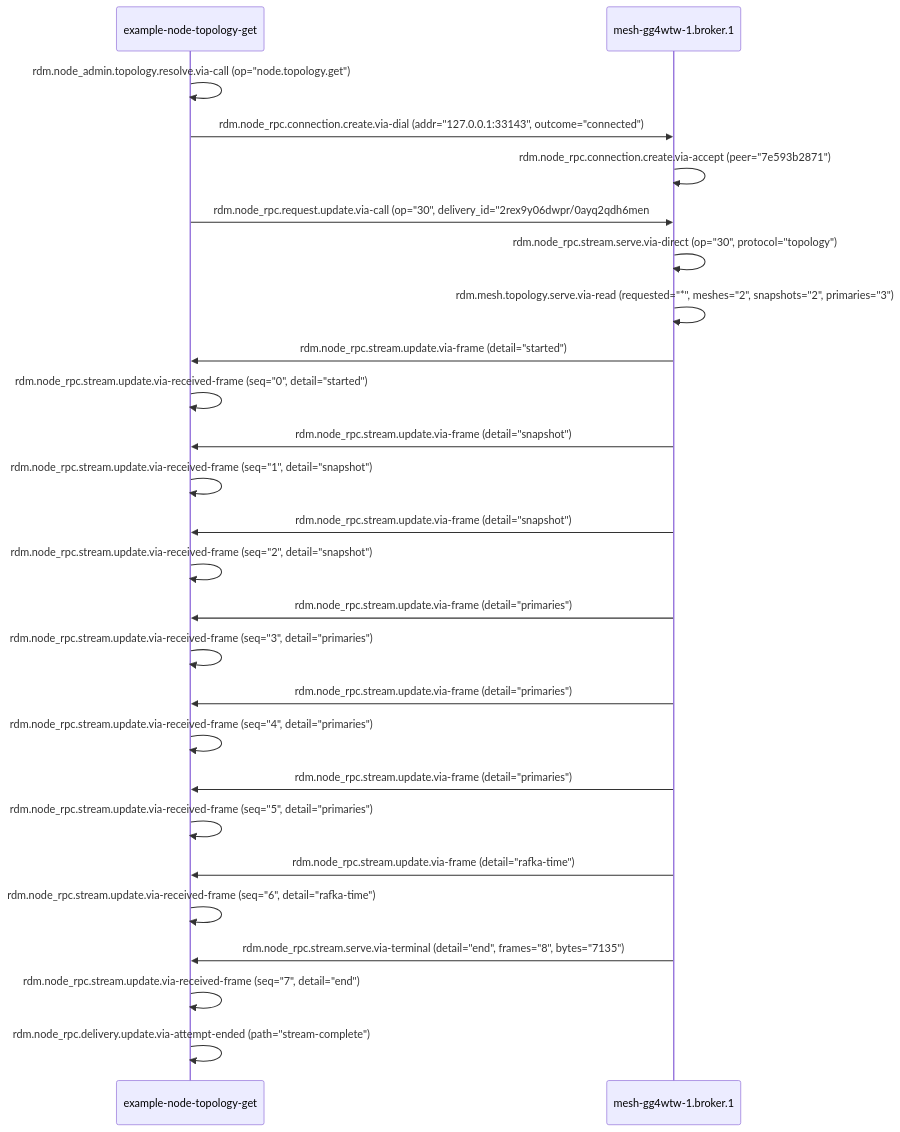
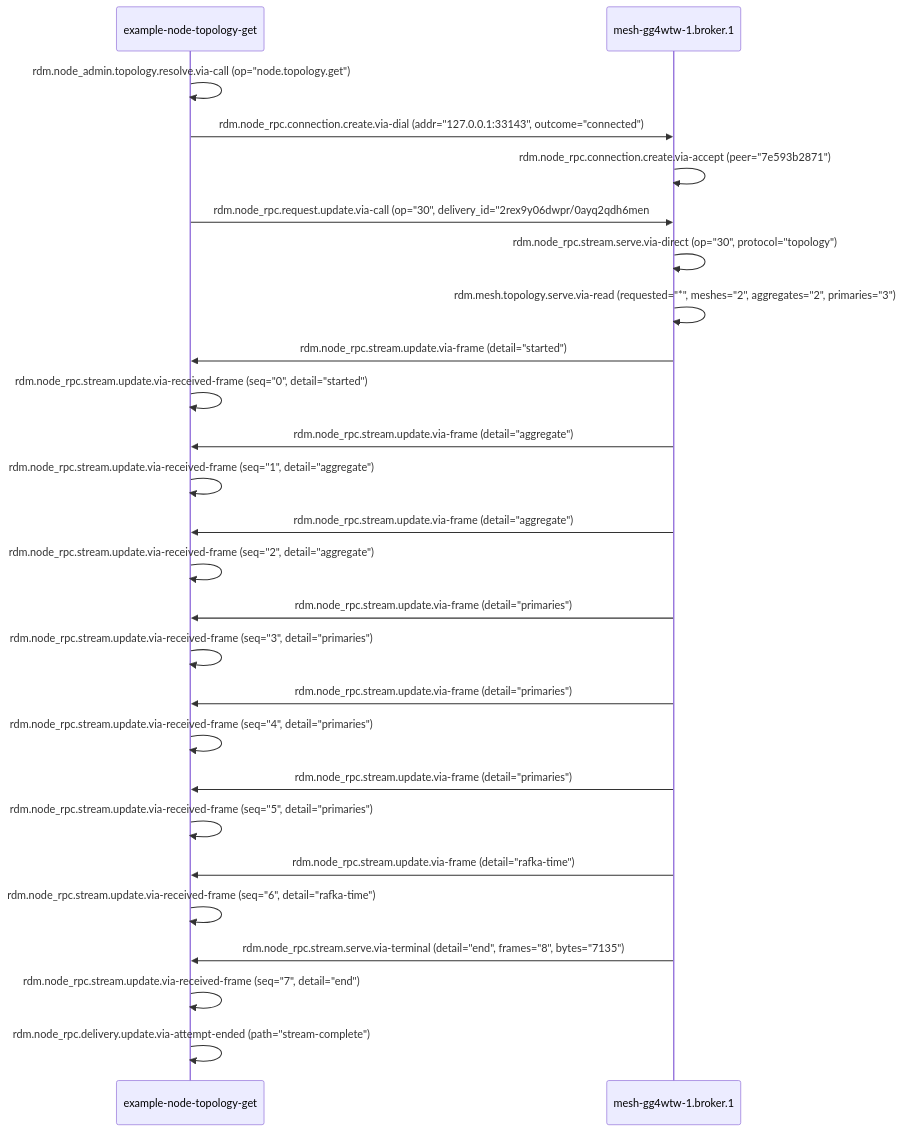
One commit to drlukeangel/rust-distributed-mesh changed the third of 3 diagrams in docs/eng/tour.md. Above: the diagram before and after it, drawn with Mermaid. The commit also changed other lines of this file and 72 other files, not shown here.

First line of the commit message:
refactor(#340): a mesh's topology as a whole is the aggregate, never the snapshot (Q408 proof)

````diff
--- a/docs/eng/tour.md
+++ b/docs/eng/tour.md
@@ -292,29 +292,29 @@
 ```mermaid
 sequenceDiagram
     participant C as example-node-topology-get
     participant B1 as mesh-gg4wtw-1.broker.1
 
     C->>C: rdm.node_admin.topology.resolve.via-call (op="node.topology.get")
     C->>B1: rdm.node_rpc.connection.create.via-dial (addr="127.0.0.1:33143", outcome="connected")
     B1->>B1: rdm.node_rpc.connection.create.via-accept (peer="7e593b2871")
     C->>B1: rdm.node_rpc.request.update.via-call (op="30", delivery_id="2rex9y06dwpr/0ayq2qdh6men#2")
     B1->>B1: rdm.node_rpc.stream.serve.via-direct (op="30", protocol="topology")
-    B1->>B1: rdm.mesh.topology.serve.via-read (requested="*", meshes="2", snapshots="2", primaries="3")
+    B1->>B1: rdm.mesh.topology.serve.via-read (requested="*", meshes="2", aggregates="2", primaries="3")
     B1->>C: rdm.node_rpc.stream.update.via-frame (detail="started")
     C->>C: rdm.node_rpc.stream.update.via-received-frame (seq="0", detail="started")
-    B1->>C: rdm.node_rpc.stream.update.via-frame (detail="snapshot")
-    C->>C: rdm.node_rpc.stream.update.via-received-frame (seq="1", detail="snapshot")
-    B1->>C: rdm.node_rpc.stream.update.via-frame (detail="snapshot")
-    C->>C: rdm.node_rpc.stream.update.via-received-frame (seq="2", detail="snapshot")
+    B1->>C: rdm.node_rpc.stream.update.via-frame (detail="aggregate")
+    C->>C: rdm.node_rpc.stream.update.via-received-frame (seq="1", detail="aggregate")
+    B1->>C: rdm.node_rpc.stream.update.via-frame (detail="aggregate")
+    C->>C: rdm.node_rpc.stream.update.via-received-frame (seq="2", detail="aggregate")
     B1->>C: rdm.node_rpc.stream.update.via-frame (detail="primaries")
     C->>C: rdm.node_rpc.stream.update.via-received-frame (seq="3", detail="primaries")
     B1->>C: rdm.node_rpc.stream.update.via-frame (detail="primaries")
     C->>C: rdm.node_rpc.stream.update.via-received-frame (seq="4", detail="primaries")
     B1->>C: rdm.node_rpc.stream.update.via-frame (detail="primaries")
     C->>C: rdm.node_rpc.stream.update.via-received-frame (seq="5", detail="primaries")
     B1->>C: rdm.node_rpc.stream.update.via-frame (detail="rafka-time")
     C->>C: rdm.node_rpc.stream.update.via-received-frame (seq="6", detail="rafka-time")
     B1->>C: rdm.node_rpc.stream.serve.via-terminal (detail="end", frames="8", bytes="7135")
     C->>C: rdm.node_rpc.stream.update.via-received-frame (seq="7", detail="end")
     C->>C: rdm.node_rpc.delivery.update.via-attempt-ended (path="stream-complete")
 ```
````
